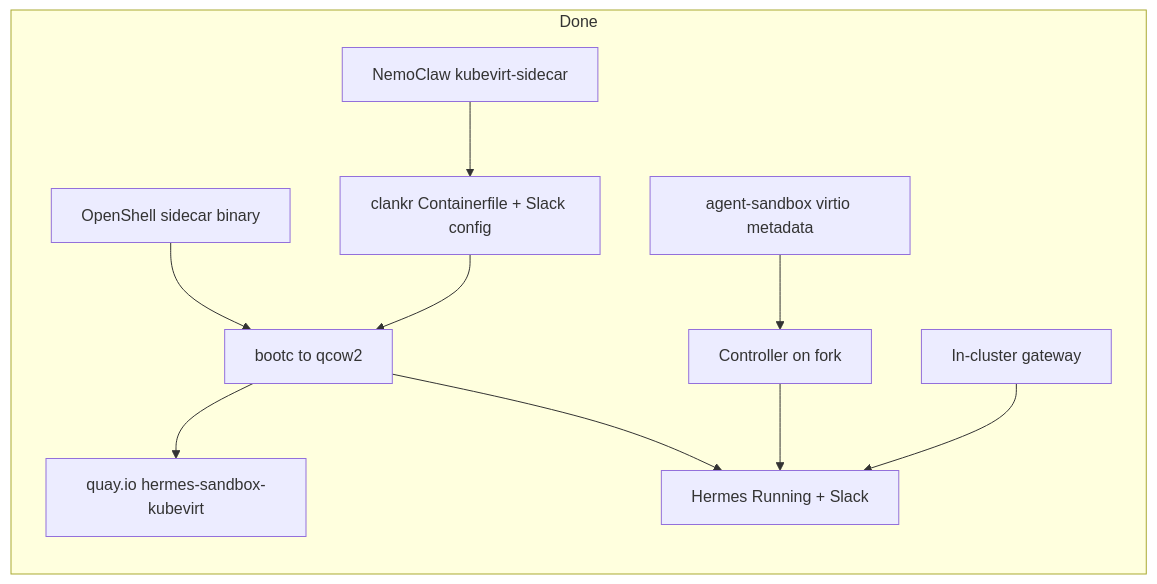
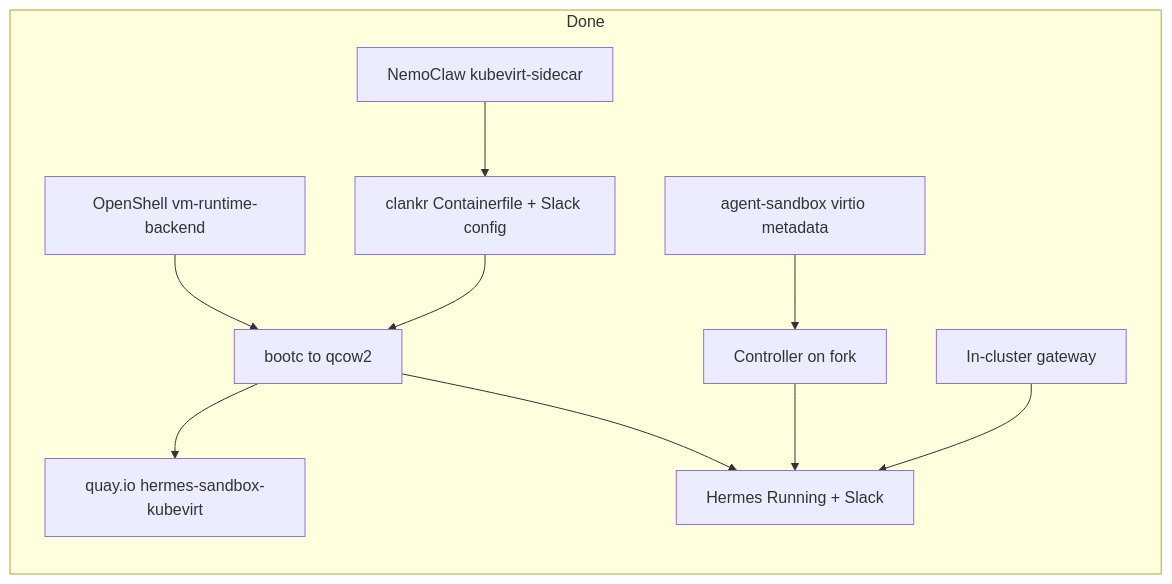
One commit to shanemcd/openshell-kubevirt changed the diagram in TRACKING.md. Above: the diagram before and after it, drawn with Mermaid. The commit also changed other lines of this file and 2 other files, not shown here.

First line of the commit message:
Point OpenShell fork tracking at thin vm-runtime-backend.

````diff
--- a/TRACKING.md
+++ b/TRACKING.md
@@ -176,22 +178,22 @@
 ```mermaid
 flowchart LR
   subgraph done [Done]
-    OS[OpenShell sidecar binary]
+    OS[OpenShell vm-runtime-backend]
     NC[NemoClaw kubevirt-sidecar]
     AS[agent-sandbox virtio metadata]
     CF[clankr Containerfile + Slack config]
     Ctrl[Controller on fork]
     Disk[bootc to qcow2]
     Quay[quay.io hermes-sandbox-kubevirt]
     VM[Hermes Running + Slack]
     GW[In-cluster gateway]
   end
   OS --> Disk
   NC --> CF
   CF --> Disk
   Disk --> Quay
   AS --> Ctrl
   Ctrl --> VM
   Disk --> VM
   GW --> VM
 ```
````
